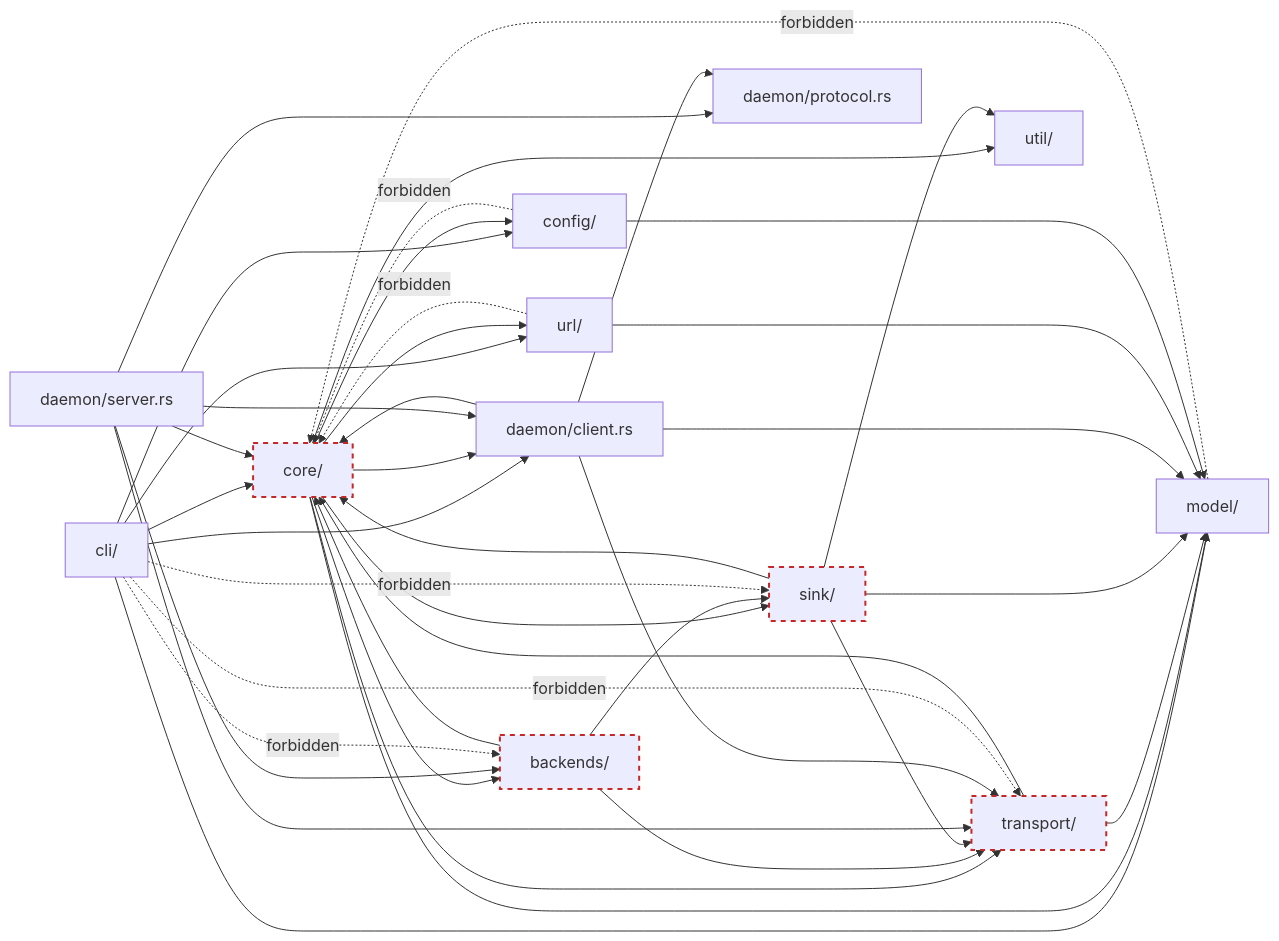
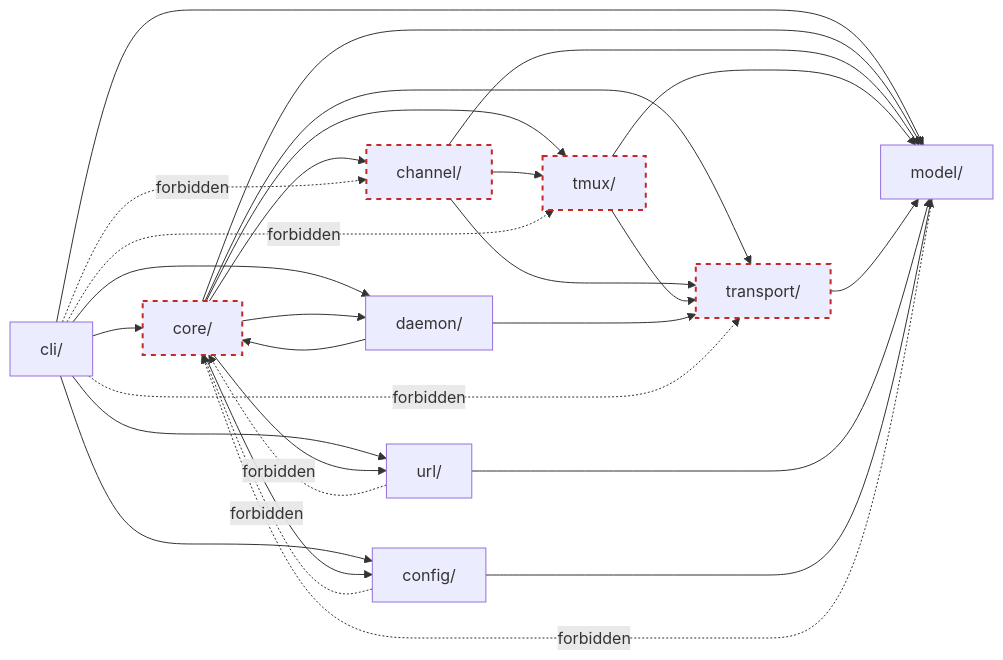
One commit to xiaoshan1234/xscore changed the fourth of 4 diagrams in doc/dev/arch/arch.md. Above: the diagram before and after it, drawn with Mermaid. The commit also changed other lines of this file, not shown here.

````diff
--- a/doc/dev/arch/arch.md
+++ b/doc/dev/arch/arch.md
@@ -361,65 +384,50 @@
 ```mermaid
 graph LR
     CLI["cli/"]
     CORE["core/"]
     MODEL["model/"]
+    CHAN["channel/"]
+    TR["transport/"]
+    TM["tmux/"]
+    DM["daemon/"]
     URL["url/"]
-    CONFIG["config/"]
-    BACKENDS["backends/"]
-    TRANSPORT["transport/"]
-    SINK["sink/"]
-    UTIL["util/"]
-    DCLIENT["daemon/client.rs"]
-    DSERVER["daemon/server.rs"]
-    DPROTO["daemon/protocol.rs"]
+    CFG["config/"]
 
     CLI --> CORE
     CLI --> MODEL
     CLI --> URL
-    CLI --> CONFIG
-    CLI --> DCLIENT
+    CLI --> CFG
+    CLI --> DM
 
     CORE --> MODEL
+    CORE --> CHAN
+    CORE --> TR
+    CORE --> TM
+    CORE --> DM
     CORE --> URL
-    CORE --> BACKENDS
-    CORE --> CONFIG
-    CORE --> TRANSPORT
-    CORE --> SINK
-    CORE --> UTIL
-    CORE --> DCLIENT
+    CORE --> CFG
 
-    BACKENDS --> CORE
-    BACKENDS --> TRANSPORT
-    BACKENDS --> SINK
+    CHAN --> TR
+    CHAN --> TM
+    CHAN --> MODEL
 
-    TRANSPORT --> CORE
-    TRANSPORT --> MODEL
+    TM --> TR
+    TM --> MODEL
 
-    SINK --> CORE
-    SINK --> MODEL
-    SINK --> TRANSPORT
-    SINK --> UTIL
+    TR --> MODEL
 
-    DSERVER --> BACKENDS
-    DSERVER --> TRANSPORT
-    DSERVER --> CORE
-    DSERVER --> DPROTO
-    DSERVER --> DCLIENT
-
-    DCLIENT --> CORE
-    DCLIENT --> MODEL
-    DCLIENT --> TRANSPORT
-    DCLIENT --> DPROTO
+    DM --> TR
+    DM --> CORE
 
     URL --> MODEL
-    CONFIG --> MODEL
+    CFG --> MODEL
 
     classDef bad stroke:#c62828,stroke-width:2px,stroke-dasharray: 5 5
-    CLI -.->|forbidden| TRANSPORT
-    CLI -.->|forbidden| SINK
-    CLI -.->|forbidden| BACKENDS
+    CLI -.->|forbidden| TR
+    CLI -.->|forbidden| TM
+    CLI -.->|forbidden| CHAN
     MODEL -.->|forbidden| CORE
     URL -.->|forbidden| CORE
-    CONFIG -.->|forbidden| CORE
-    class TRANSPORT,SINK,BACKENDS,CORE bad
+    CFG -.->|forbidden| CORE
+    class TR,TM,CHAN,CORE bad
 ```
````
